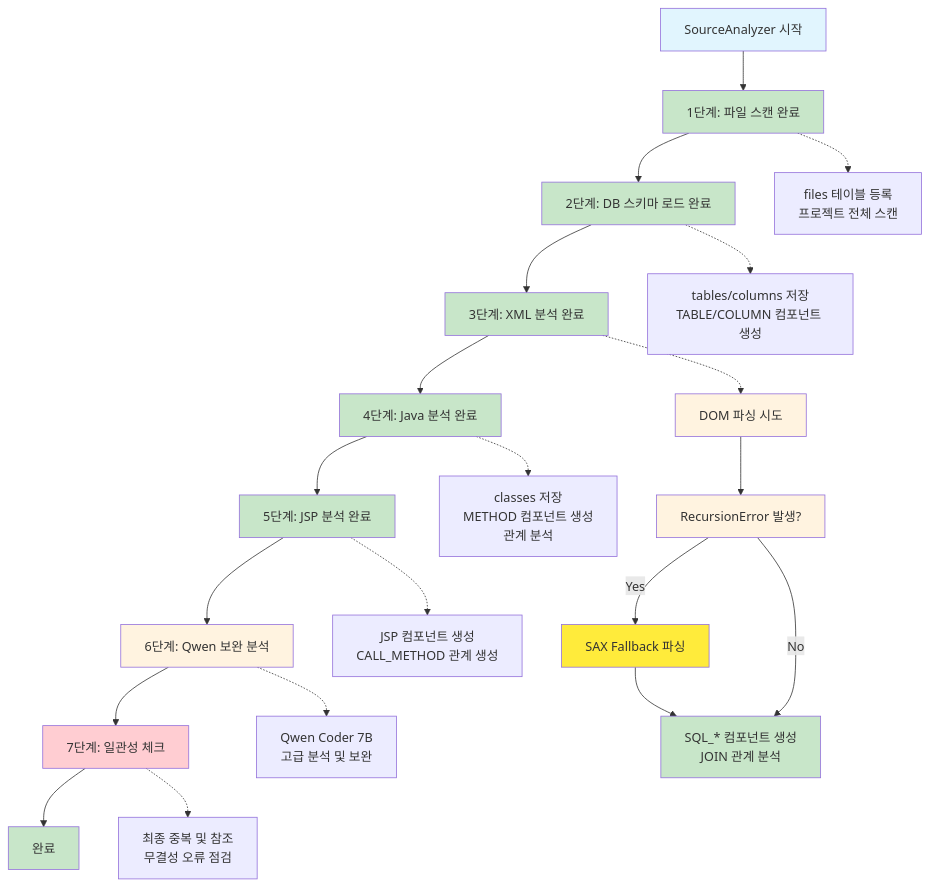
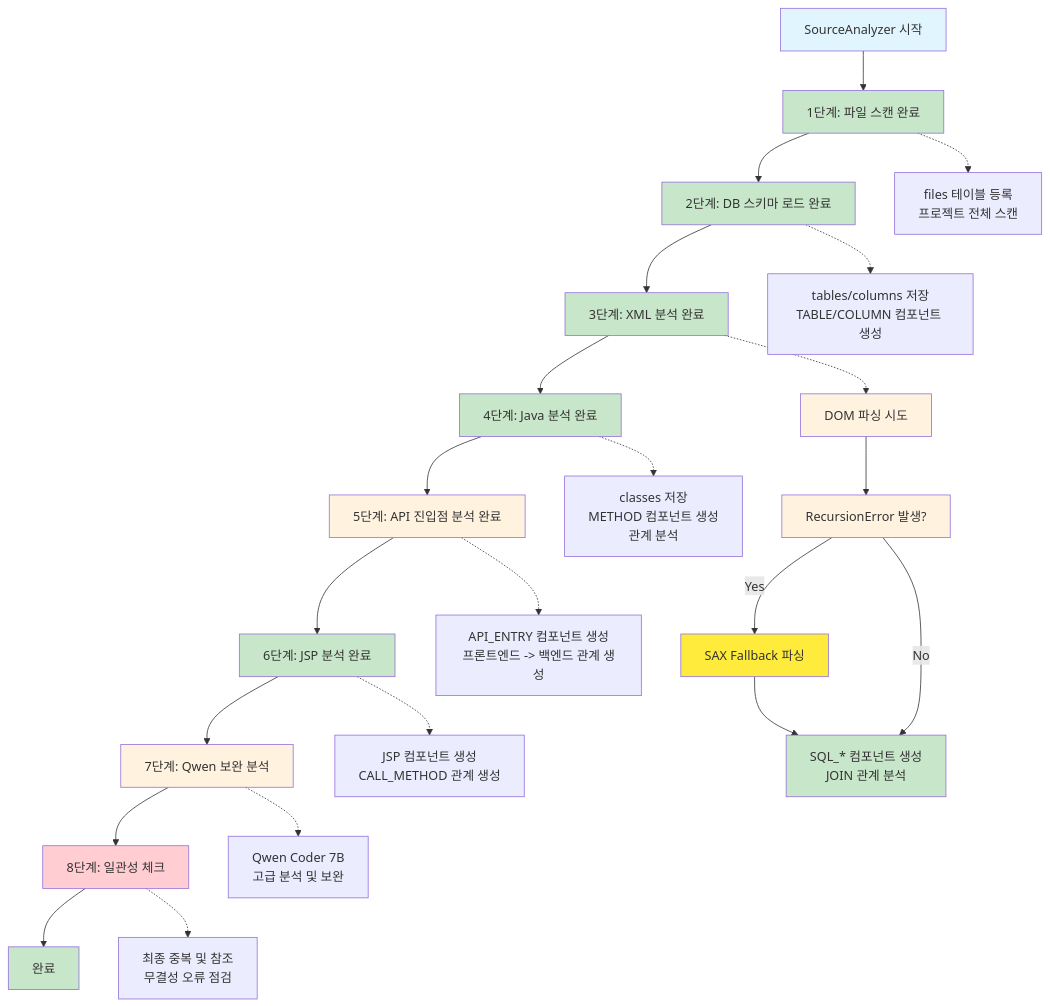
The diagram in docs/처리플로우_요약.md (kumtaek/CreateMetaDb), drawn with Mermaid before and after one commit. The commit also changed other lines of this file and 289 other files, not shown here.

````diff
--- a/docs/처리플로우_요약.md
+++ b/docs/처리플로우_요약.md
@@ -15,37 +15,40 @@
 ```mermaid
 flowchart TD
     A[SourceAnalyzer 시작] --> B[1단계: 파일 스캔 완료]
     B --> C[2단계: DB 스키마 로드 완료]
     C --> D[3단계: XML 분석 완료]
     D --> E[4단계: Java 분석 완료]
-    E --> F[5단계: JSP 분석 완료]
-    F --> G[6단계: Qwen 보완 분석]
-    G --> H[7단계: 일관성 체크]
-    H --> I[완료]
+    E --> F[5단계: API 진입점 분석 완료]
+    F --> G[6단계: JSP 분석 완료]
+    G --> H[7단계: Qwen 보완 분석]
+    H --> I[8단계: 일관성 체크]
+    I --> J[완료]
     
-    B -.-> B1["files 테이블 등록\n프로젝트 전체 스캔"]
-    C -.-> C1["tables/columns 저장\nTABLE/COLUMN 컴포넌트 생성"]
+    B -.-> B1[files 테이블 등록\n프로젝트 전체 스캔]
+    C -.-> C1[tables/columns 저장\nTABLE/COLUMN 컴포넌트 생성]
     D -.-> D1["DOM 파싱 시도"]
     D1 --> D2["RecursionError 발생?"]
     D2 -->|Yes| D3["SAX Fallback 파싱"]
-    D2 -->|No| D4["SQL_* 컴포넌트 생성\nJOIN 관계 분석"]
+    D2 -->|No| D4[SQL_* 컴포넌트 생성\nJOIN 관계 분석]
     D3 --> D4
-    E -.-> E1["classes 저장\nMETHOD 컴포넌트 생성\n관계 분석"]
-    F -.-> F1["JSP 컴포넌트 생성\nCALL_METHOD 관계 생성"]
-    G -.-> G1["Qwen Coder 7B\n고급 분석 및 보완"]
-    H -.-> H1["최종 중복 및 참조\n무결성 오류 점검"]
+    E -.-> E1[classes 저장\nMETHOD 컴포넌트 생성\n관계 분석]
+    F -.-> F1[API_ENTRY 컴포넌트 생성\n프론트엔드 -> 백엔드 관계 생성]
+    G -.-> G1[JSP 컴포넌트 생성\nCALL_METHOD 관계 생성]
+    H -.-> H1[Qwen Coder 7B\n고급 분석 및 보완]
+    I -.-> I1[최종 중복 및 참조\n무결성 오류 점검]
     
     style A fill:#e1f5fe
-    style I fill:#c8e6c9
+    style J fill:#c8e6c9
     style B fill:#c8e6c9
     style C fill:#c8e6c9
     style D fill:#c8e6c9
     style D1 fill:#fff3e0
     style D2 fill:#fff3e0
     style D3 fill:#ffeb3b
     style D4 fill:#c8e6c9
     style E fill:#c8e6c9
-    style F fill:#c8e6c9
-    style G fill:#fff3e0
-    style H fill:#ffcdd2
+    style F fill:#fff3e0
+    style G fill:#c8e6c9
+    style H fill:#fff3e0
+    style I fill:#ffcdd2
 ```
````
